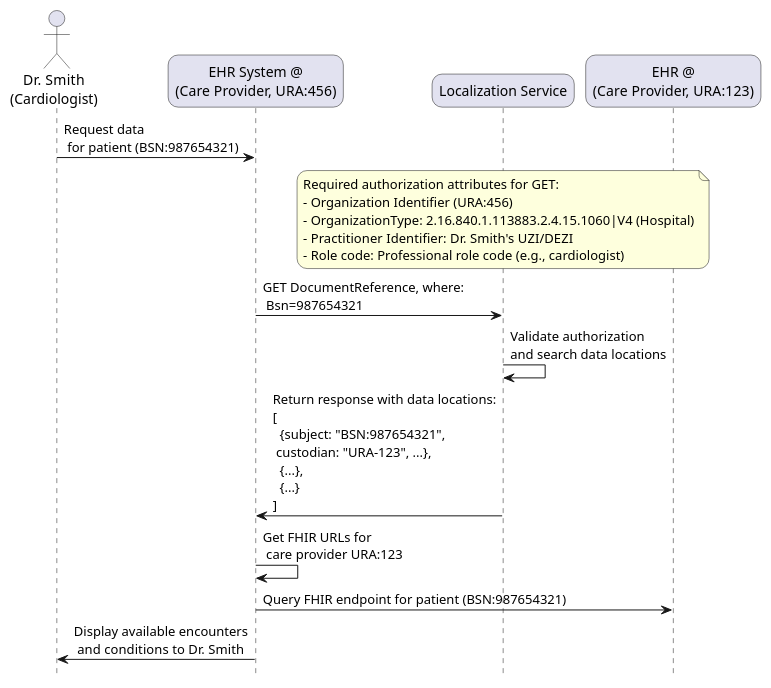
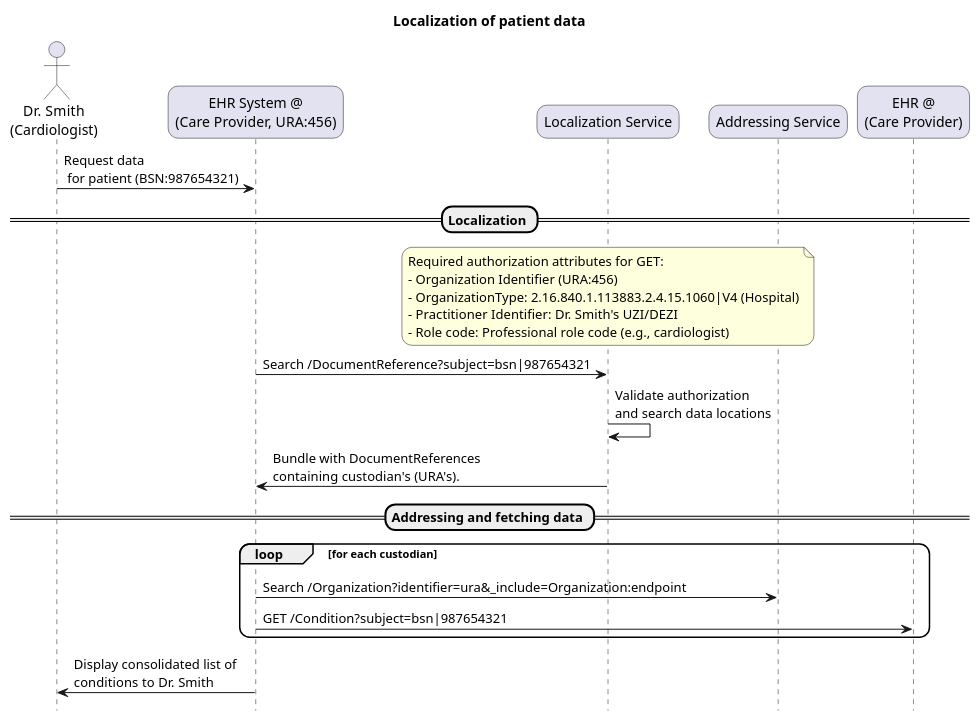
One commit to nuts-foundation/nl-generic-functions-ig changed the diagram in input/images-source/localization-cardiologist-search.plantuml. Above: the diagram before and after it, drawn with PlantUML. The commit also changed other lines of this file and 5 other files, not shown here.

```diff
--- a/input/images-source/localization-cardiologist-search.plantuml
+++ b/input/images-source/localization-cardiologist-search.plantuml
@@ -1,41 +1,48 @@
 @startuml localization-cardiologist-search
+
+title Localization of patient data
 
 skinparam roundcorner 20
 skinparam defaultFontName Arial 
 hide footbox
 
 !pragma teoz true
 
 actor "Dr. Smith\n(Cardiologist)" as doctor
 participant "EHR System @\n(Care Provider, URA:456)" as ehr
 participant "Localization Service" as nvi
-participant "EHR @\n(Care Provider, URA:123)" as ehr_reg
+participant "Addressing Service" as addressing
+participant "EHR @\n(Care Provider)" as ehr_reg
 
 doctor -> ehr: Request data\n for patient (BSN:987654321)
+
+== Localization ==
+
 
 note over nvi
   Required authorization attributes for GET:
   - Organization Identifier (URA:456)
   - OrganizationType: 2.16.840.1.113883.2.4.15.1060|V4 (Hospital)
   - Practitioner Identifier: Dr. Smith's UZI/DEZI 
   - Role code: Professional role code (e.g., cardiologist)
   ' Use of **pseudonymized** patient identifier 
   '  (pseudoBsn) is out of scope for this diagram
 end note
 
-ehr -> nvi: GET DocumentReference, where:\n Bsn=987654321
-
-
+ehr -> nvi: Search /DocumentReference?subject=bsn|987654321
 
 nvi -> nvi: Validate authorization\nand search data locations
 
-nvi -> ehr: Return response with data locations:\n[\n  {subject: "BSN:987654321",\n custodian: "URA-123", ...},\n  {...},\n  {...}\n]
+nvi -> ehr: Bundle with DocumentReferences \ncontaining custodian's (URA's).
 
+== Addressing and fetching data ==
 
-ehr -> ehr: Get FHIR URLs for\n care provider URA:123
+loop for each custodian
+  ehr -> addressing: Search /Organization?identifier=ura&_include=Organization:endpoint
 
-ehr -> ehr_reg: Query FHIR endpoint for patient (BSN:987654321)
+  ehr -> ehr_reg: GET /Condition?subject=bsn|987654321
+end
 
-ehr -> doctor: Display available encounters\n and conditions to Dr. Smith
+ehr -> doctor: Display consolidated list of \nconditions to Dr. Smith
 
 @enduml
```
